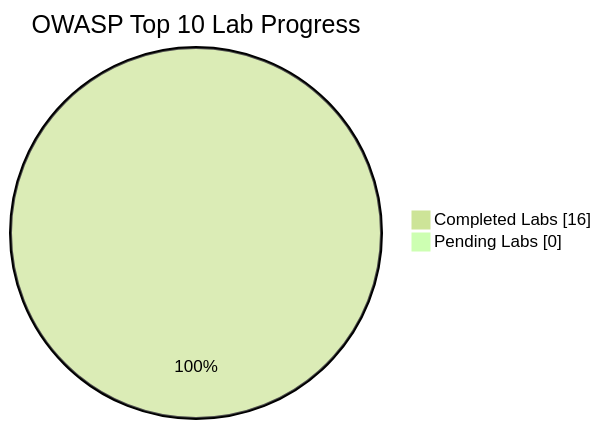
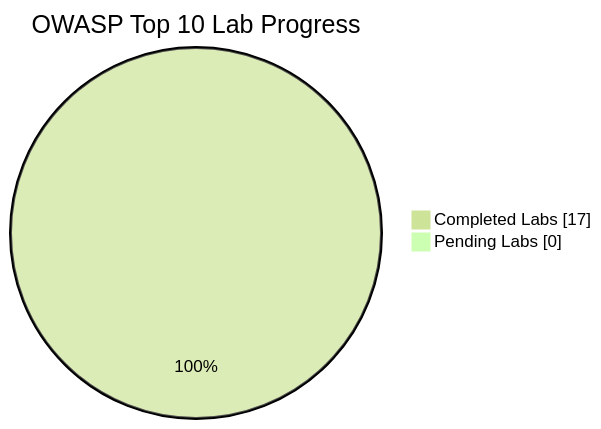
The diagram in README.md (Nish344/owasp-top10-web-security), drawn with Mermaid (forest theme) before and after one commit. The commit also changed other lines of this file and 1 other file, not shown here.

````diff
--- a/README.md
+++ b/README.md
@@ -12,6 +12,6 @@
 ```mermaid
 pie showData
   title OWASP Top 10 Lab Progress
-  "Completed Labs" : 16
+  "Completed Labs" : 17
   "Pending Labs" : 0
 ```
````
